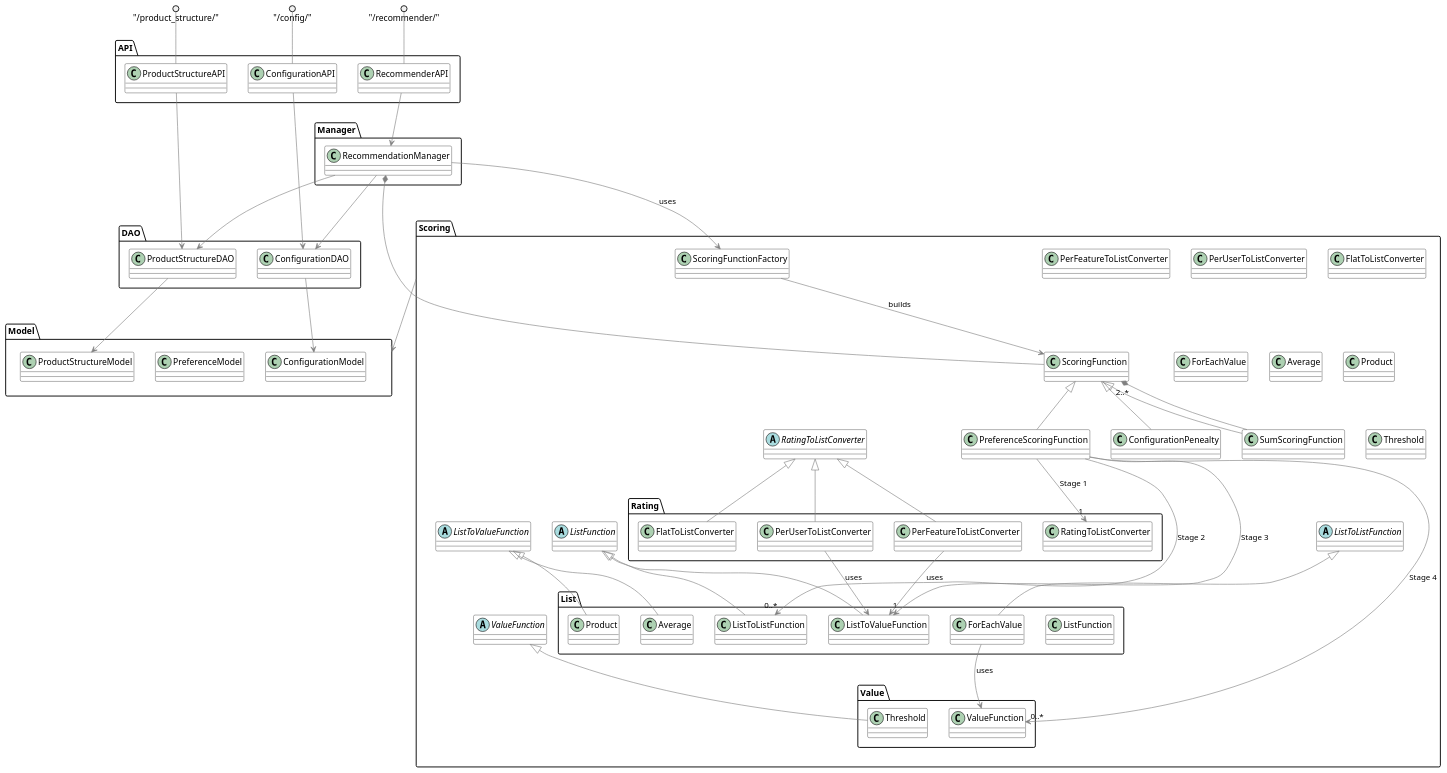
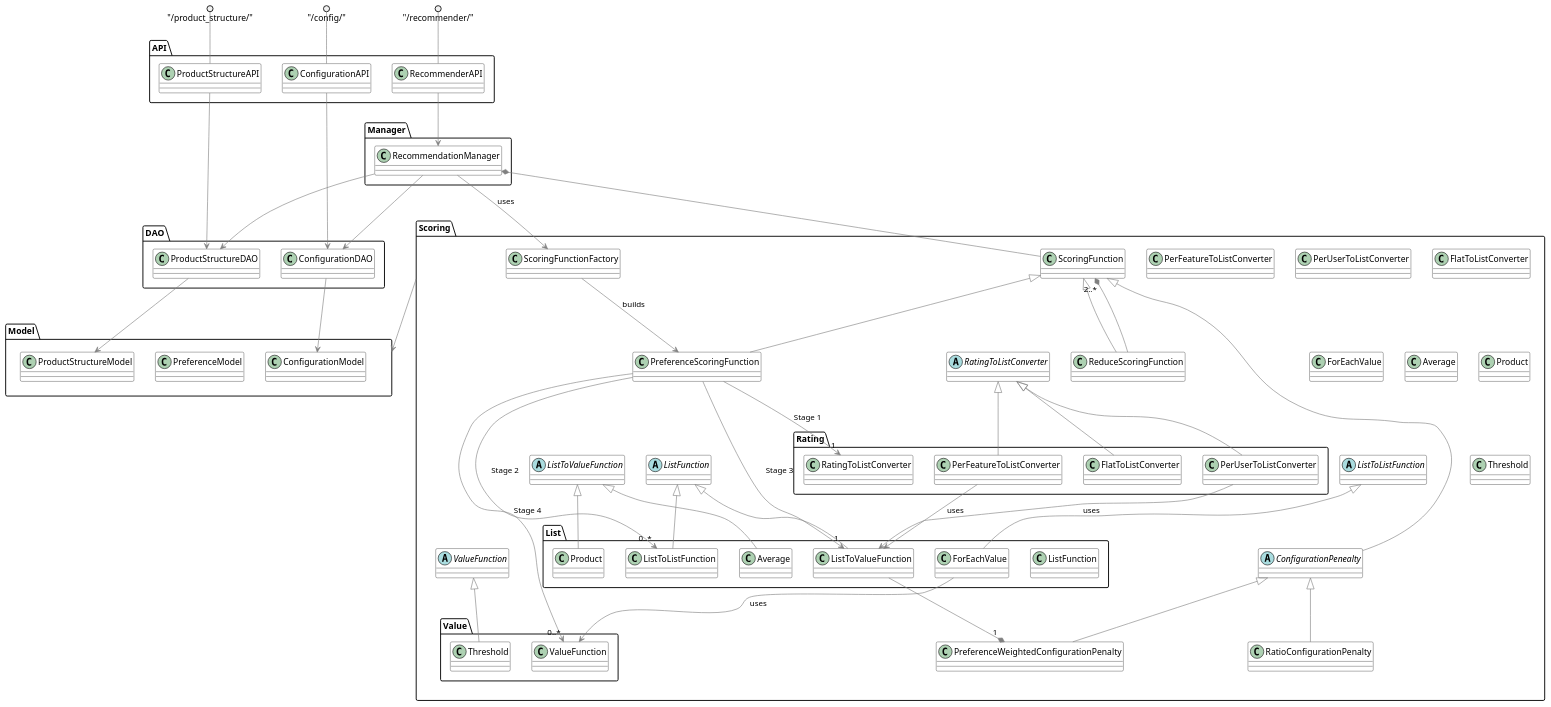
Before and after one commit to 13hannes11/bachelor_thesis: the diagram in Additional_Notes/class_diagram.plantuml, drawn with PlantUML.

Commit message:
change structure so penealty function is more flexible

```diff
--- a/Additional_Notes/class_diagram.plantuml
+++ b/Additional_Notes/class_diagram.plantuml
@@ -1,159 +1,169 @@
 @startuml
 
 skinparam class {
 	BackgroundColor White
 	ArrowColor Grey
 	BorderColor Black
 }
 skinparam shadowing false
 
 package API {
     class ConfigurationAPI
     class RecommenderAPI
     class ProductStructureAPI
 }
 "/config/" ()-- ConfigurationAPI
 "/recommender/" ()-- RecommenderAPI
 "/product_structure/" ()-- ProductStructureAPI
 
 package Manager {
     class RecommendationManager
 }
 
 package Model{
     class ConfigurationModel
     class PreferenceModel
     class ProductStructureModel
 }
 
 package DAO {
     class ConfigurationDAO
     class ProductStructureDAO
 }
 
 package Scoring {  
     
     
 
     package List {
         class ListFunction
         class ListToListFunction
         class ListToValueFunction
         class Average
         class Product
         class ForEachValue
     }
 
     package Value {
         class ValueFunction
         class Threshold
     }
 
     package Rating {
         class RatingToListConverter
         class FlatToListConverter
         class PerUserToListConverter
         class PerFeatureToListConverter
     }
 
     class ScoringFunctionFactory{
 
     }
-    ScoringFunctionFactory --> ScoringFunction : builds
+    ScoringFunctionFactory --> PreferenceScoringFunction : builds
 
 
     PreferenceScoringFunction --> "1" RatingToListConverter : Stage 1
     PreferenceScoringFunction --> "0..*" ListToListFunction : Stage 2
     PreferenceScoringFunction --> "1" ListToValueFunction : Stage 3
     PreferenceScoringFunction --> "0..*" ValueFunction : Stage 4
 
     ScoringFunction <|-- PreferenceScoringFunction
     class PreferenceScoringFunction{
 
     }
     ScoringFunction <|-- ConfigurationPenealty
-    class ConfigurationPenealty{
+    abstract class ConfigurationPenealty{
 
     }
-    ScoringFunction <|-- SumScoringFunction
-    SumScoringFunction --* "2..*" ScoringFunction
-    class SumScoringFunction{
+    ConfigurationPenealty <|-- RatioConfigurationPenalty
+    class RatioConfigurationPenalty {
+
+    }
+    ConfigurationPenealty <|-- PreferenceWeightedConfigurationPenalty
+    ListToValueFunction --* "1" PreferenceWeightedConfigurationPenalty
+    class PreferenceWeightedConfigurationPenalty {
+
+    }
+
+    ScoringFunction <|-- ReduceScoringFunction
+    ReduceScoringFunction --* "2..*" ScoringFunction
+    class ReduceScoringFunction{
 
     }
 
     abstract class RatingToListConverter {
 
     }
 
     RatingToListConverter <|-- PerFeatureToListConverter
     PerFeatureToListConverter --> ListToValueFunction :uses
     class PerFeatureToListConverter {
 
     }
     RatingToListConverter <|-- PerUserToListConverter
     PerUserToListConverter --> ListToValueFunction :uses
     class PerUserToListConverter {
 
     }
     RatingToListConverter <|-- FlatToListConverter
     class FlatToListConverter {
 
     }
  
     abstract class ListFunction {
 
     }
 
     ListFunction <|-- ListToListFunction
     abstract class ListToListFunction {
 
     }
 
     ListToListFunction <|-- ForEachValue
     ForEachValue --> ValueFunction:uses
     class ForEachValue {
 
     }
 
 
     ListFunction <|-- ListToValueFunction
     abstract class ListToValueFunction {
         
     }
 
     ListToValueFunction <|-- Average
     class Average {
         
     }
     ListToValueFunction <|-- Product
     class Product {
 
     }
 
     abstract class ValueFunction{
 
     }
 
     ValueFunction <|-- Threshold
     class Threshold {
         
     }
 }
 
 RecommendationManager *-- ScoringFunction
 
 ConfigurationAPI --> ConfigurationDAO
 ProductStructureAPI --> ProductStructureDAO
 RecommenderAPI --> RecommendationManager
 
 RecommendationManager --> ProductStructureDAO
 RecommendationManager --> ConfigurationDAO
 RecommendationManager --> ScoringFunctionFactory :uses
 
 
 ConfigurationDAO --> ConfigurationModel
 ProductStructureDAO --> ProductStructureModel
 
 Scoring --> Model
 
 @enduml
```
